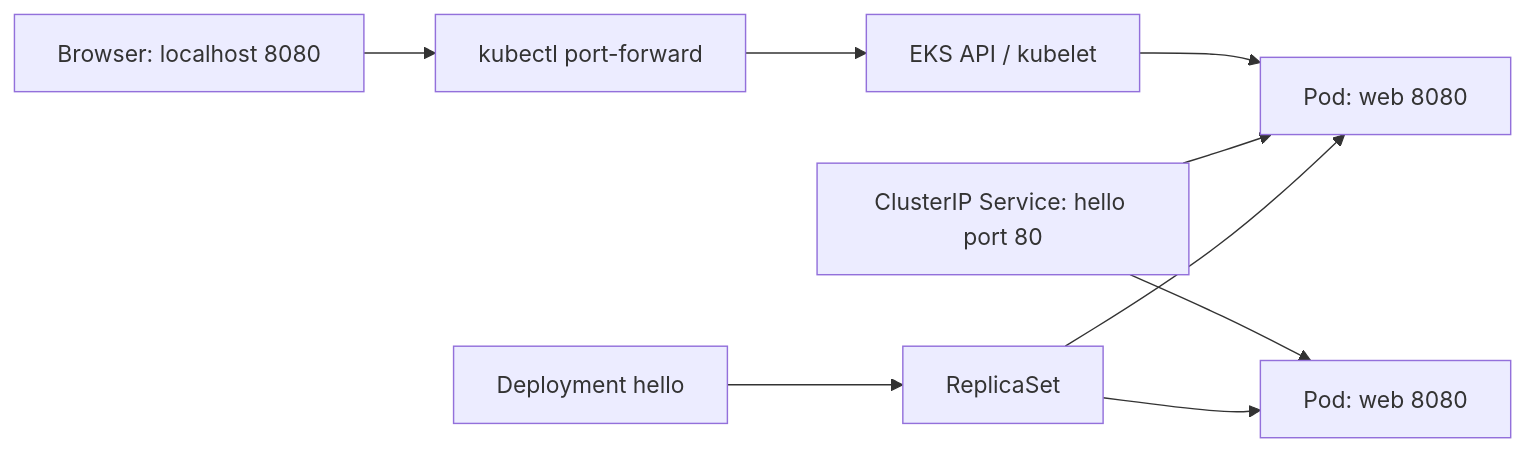
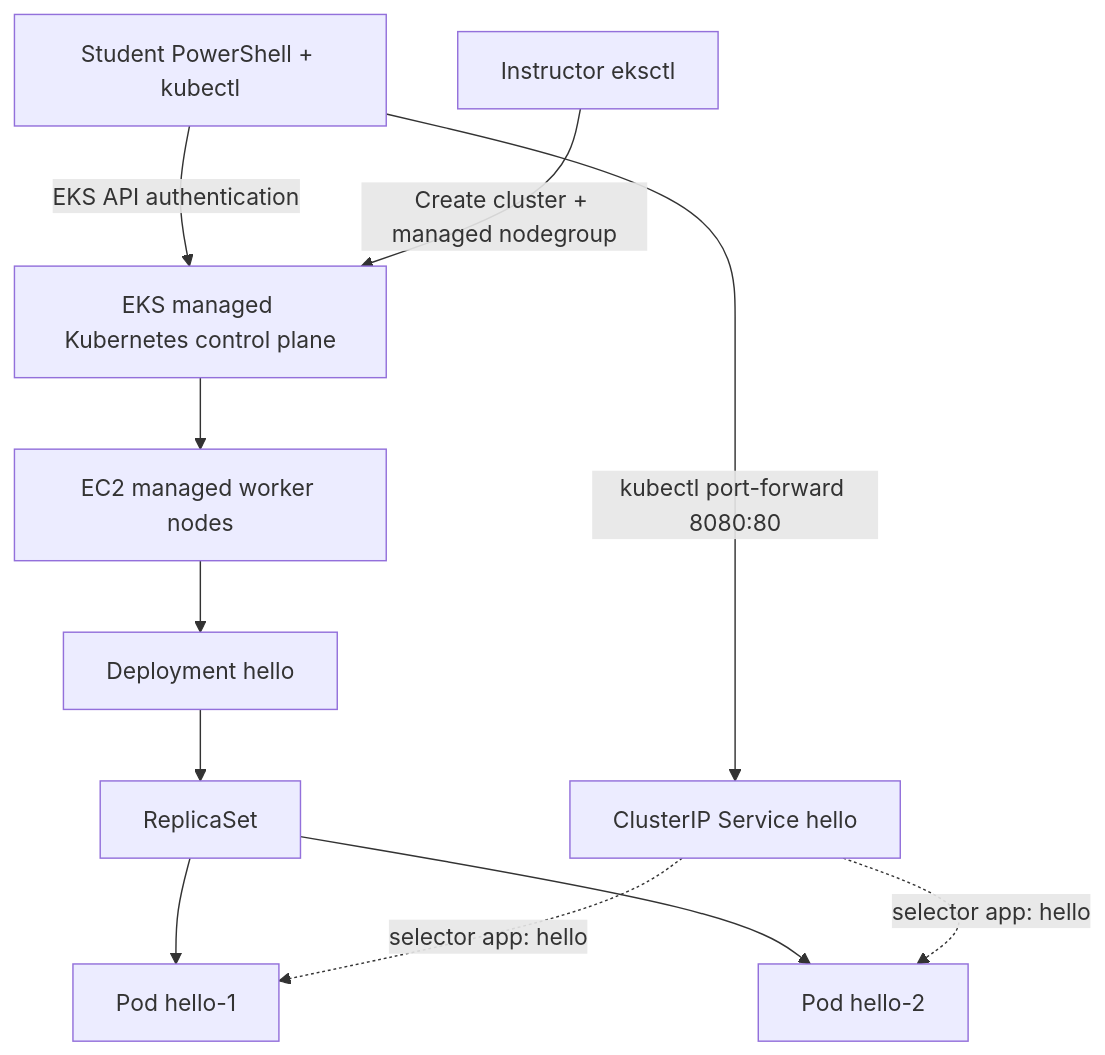
One commit to William-eng/Practical_Devops04 changed the diagram in README.md. Above: the diagram before and after it, drawn with Mermaid. The commit also changed other lines of this file, not shown here.

````diff
--- a/README.md
+++ b/README.md
@@ -66,11 +35,13 @@
 ```mermaid
-flowchart LR
-  D[Deployment hello] --> R[ReplicaSet]
-  R --> P1[Pod: web 8080]
-  R --> P2[Pod: web 8080]
-  S[ClusterIP Service: hello port 80] --> P1
-  S --> P2
-  B[Browser: localhost 8080] --> K[kubectl port-forward]
-  K --> A[EKS API / kubelet]
-  A --> P1
+flowchart TB
+  Laptop[Student PowerShell + kubectl] -->|EKS API authentication| API[EKS managed Kubernetes control plane]
+  eksctl[Instructor eksctl] -->|Create cluster + managed nodegroup| API
+  API --> NG[EC2 managed worker nodes]
+  NG --> DEP[Deployment hello]
+  DEP --> RS[ReplicaSet]
+  RS --> P1[Pod hello-1]
+  RS --> P2[Pod hello-2]
+  SVC[ClusterIP Service hello] -.->|selector app: hello| P1
+  SVC -.->|selector app: hello| P2
+  Laptop -->|kubectl port-forward 8080:80| SVC
 ```
````
